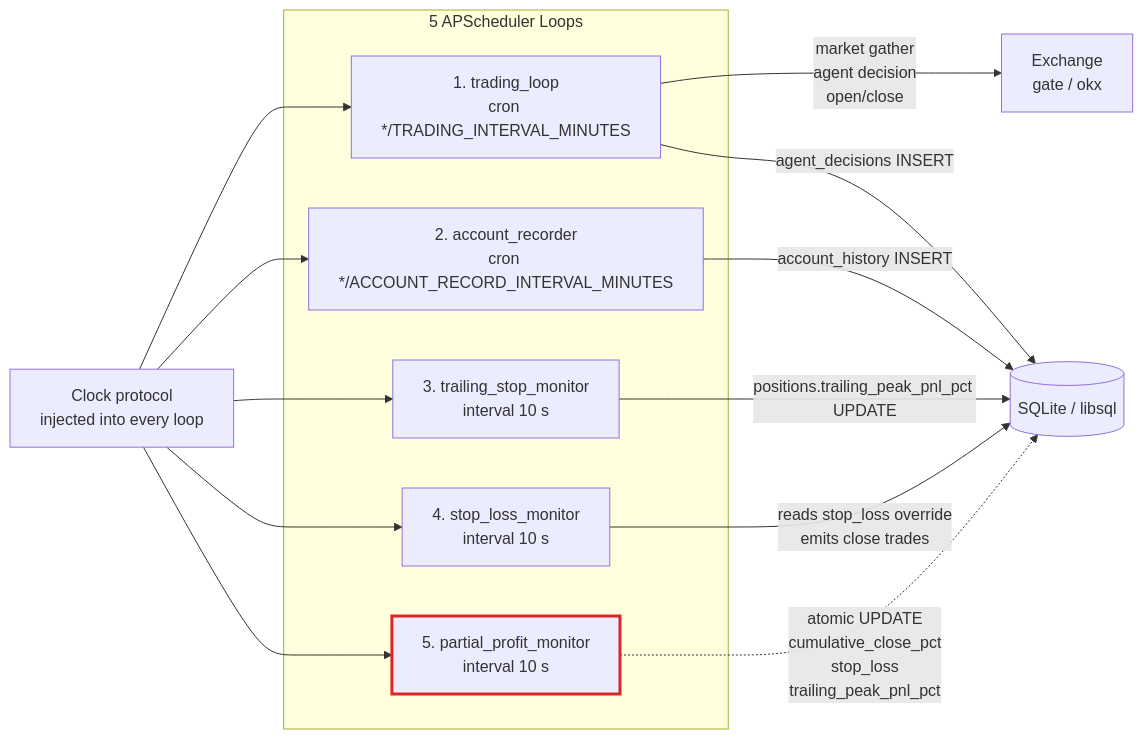
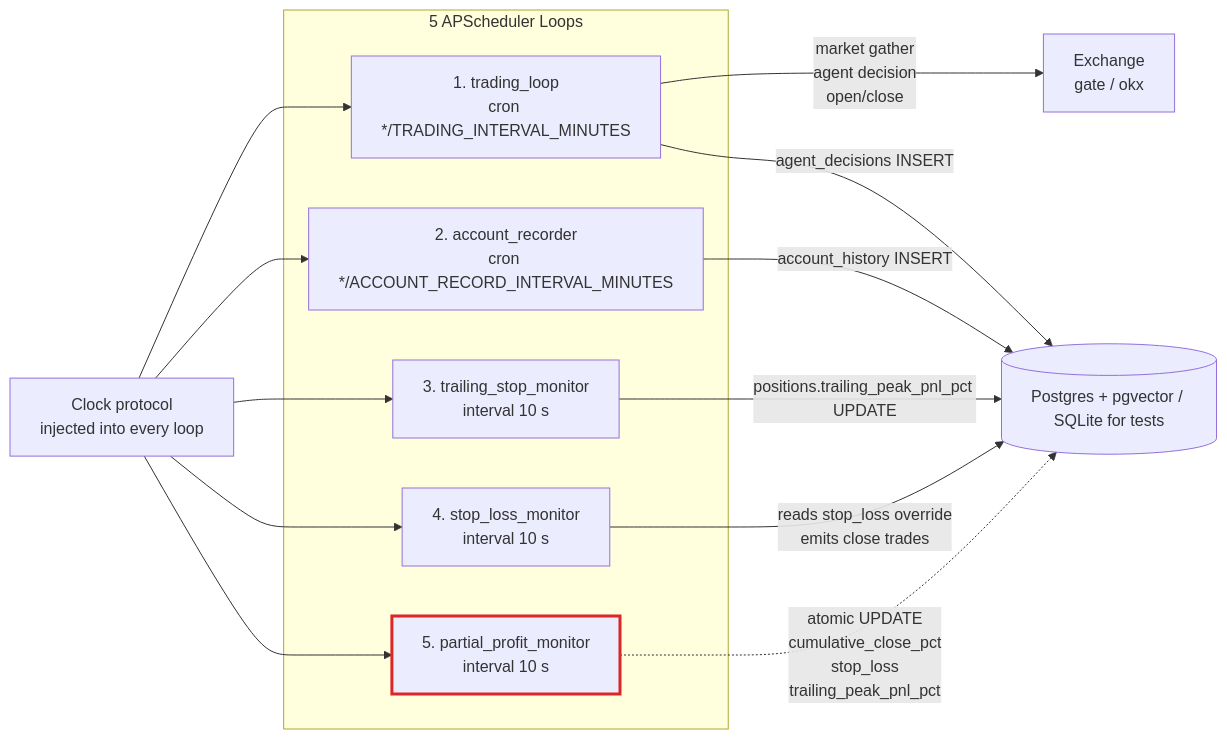
The second of 4 diagrams in docs/ARCHITECTURE.md (gong1414/omnitrade), drawn with Mermaid before and after one commit. The commit also changed 5 other files, not shown here.

First line of the commit message:
docs: refresh CLAUDE.md + READMEs + ARCHITECTURE for post-cutover state

````diff
--- a/docs/ARCHITECTURE.md
+++ b/docs/ARCHITECTURE.md
@@ -55,25 +55,25 @@
 ```mermaid
 flowchart LR
     clock[Clock protocol<br/>injected into every loop]
     subgraph loops[5 APScheduler Loops]
         L1[1. trading_loop<br/>cron */TRADING_INTERVAL_MINUTES]
         L2[2. account_recorder<br/>cron */ACCOUNT_RECORD_INTERVAL_MINUTES]
         L3[3. trailing_stop_monitor<br/>interval 10 s]
         L4[4. stop_loss_monitor<br/>interval 10 s]
         L5[5. partial_profit_monitor<br/>interval 10 s]
     end
     clock --> L1
     clock --> L2
     clock --> L3
     clock --> L4
     clock --> L5
 
     L1 -->|market gather<br/>agent decision<br/>open/close| ex[Exchange<br/>gate / okx]
-    L1 -->|agent_decisions INSERT| db[(SQLite / libsql)]
+    L1 -->|agent_decisions INSERT| db[(Postgres + pgvector / SQLite for tests)]
     L2 -->|account_history INSERT| db
     L3 -->|positions.trailing_peak_pnl_pct UPDATE| db
     L4 -->|reads stop_loss override<br/>emits close trades| db
     L5 -.->|atomic UPDATE<br/>cumulative_close_pct<br/>stop_loss<br/>trailing_peak_pnl_pct| db
 
     style L5 stroke:#dc2626,stroke-width:3px
 ```
````
